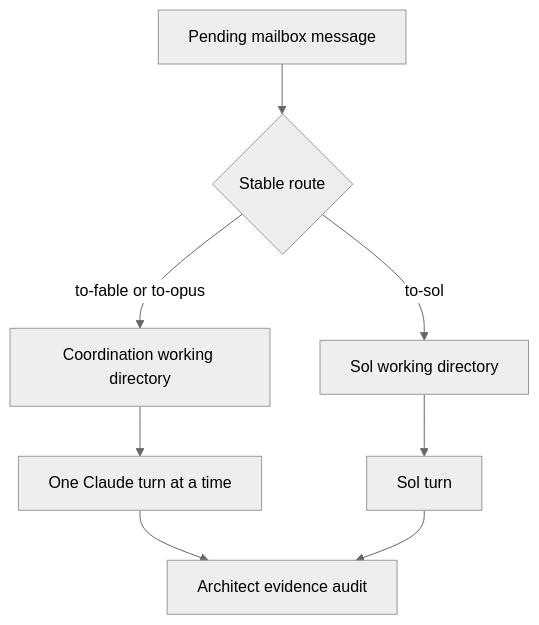
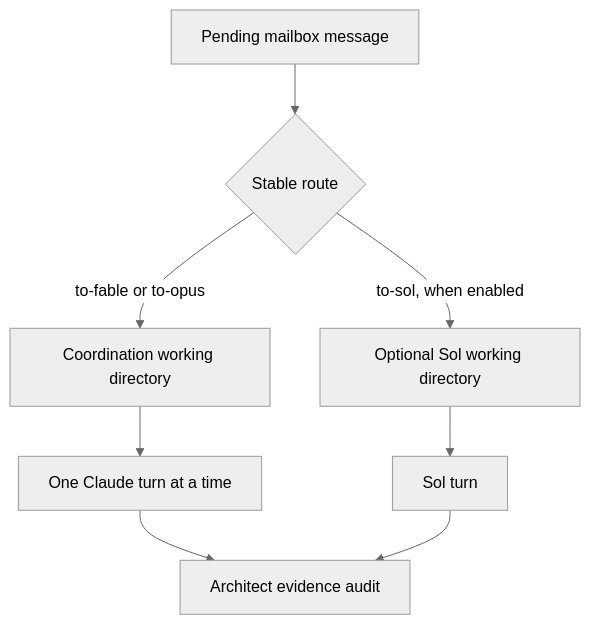
One commit to SBU-COSMOLIKE/emulators_code_v2 changed the sixth of 8 diagrams in ai/README.md. Above: the diagram before and after it, drawn with Mermaid (neutral theme). The commit also changed other lines of this file and 11 other files, not shown here.

````diff
--- a/ai/README.md
+++ b/ai/README.md
@@ -510,10 +560,10 @@
 ```mermaid
 flowchart TB
   M["Pending mailbox message"] --> R{"Stable route"}
   R -->|"to-fable or to-opus"| C["Coordination working directory"]
-  R -->|"to-sol"| S["Sol working directory"]
+  R -->|"to-sol, when enabled"| S["Optional Sol working directory"]
   C --> CT["One Claude turn at a time"]
   S --> ST["Sol turn"]
   CT --> E["Architect evidence audit"]
   ST --> E
 ```
````
